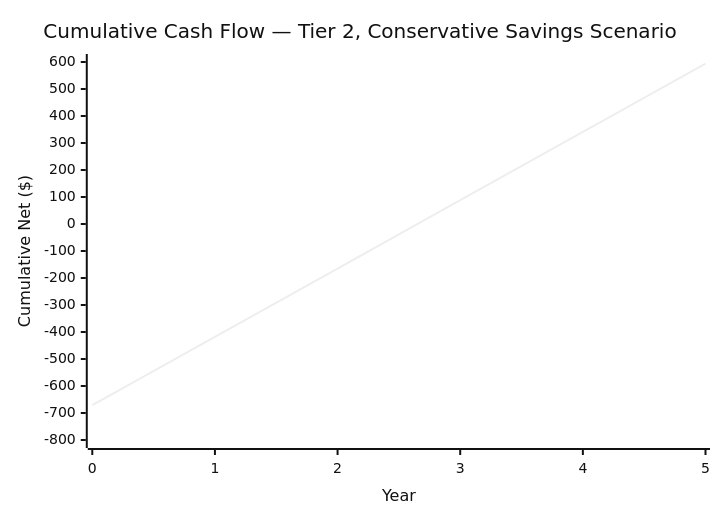
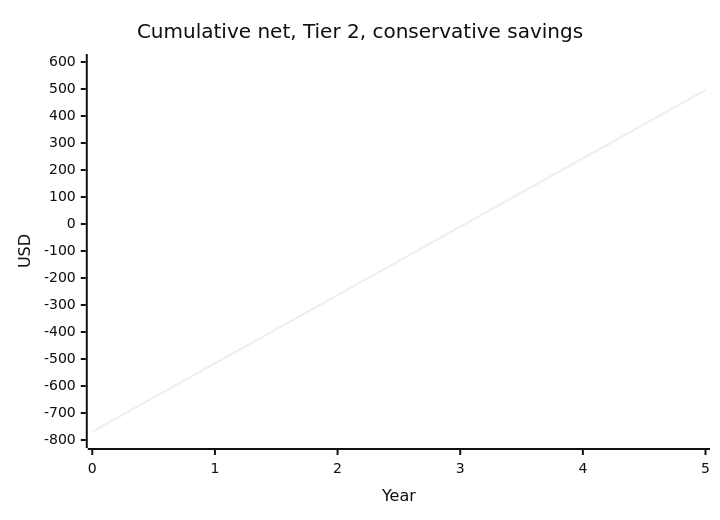
Before and after one commit to UncleJS/guide_hydroponics: the second of 3 diagrams in guide/nft/12-budget-and-sourcing.md, drawn with Mermaid (neutral theme). The commit also changed other lines of this file and 35 other files, not shown here.

````diff
--- a/guide/nft/12-budget-and-sourcing.md
+++ b/guide/nft/12-budget-and-sourcing.md
@@ -707,7 +731,7 @@
 ```mermaid
 xychart-beta
-    title "Cumulative Cash Flow — Tier 2, Conservative Savings Scenario"
+    title "Cumulative net, Tier 2, conservative savings"
     x-axis "Year" [0, 1, 2, 3, 4, 5]
-    y-axis "Cumulative Net ($)" -800 --> 600
-    line [-671, -418, -165, 88, 341, 594]
+    y-axis "USD" -800 --> 600
+    line [-769, -516, -263, -10, 243, 496]
 ```
````
